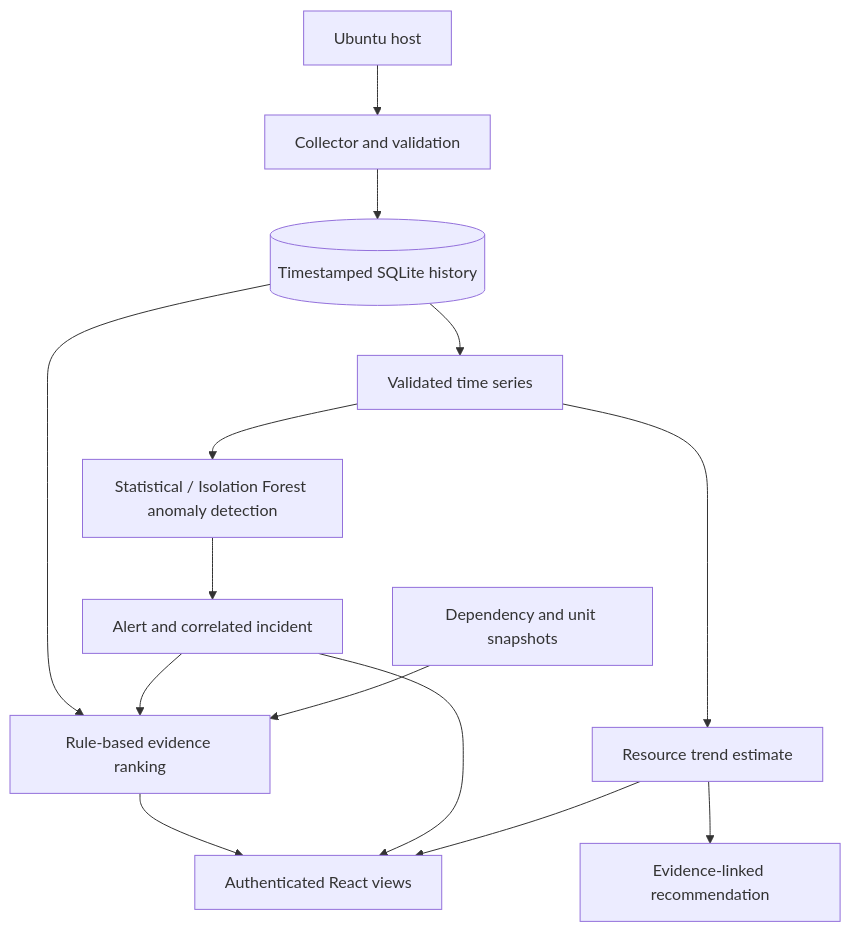
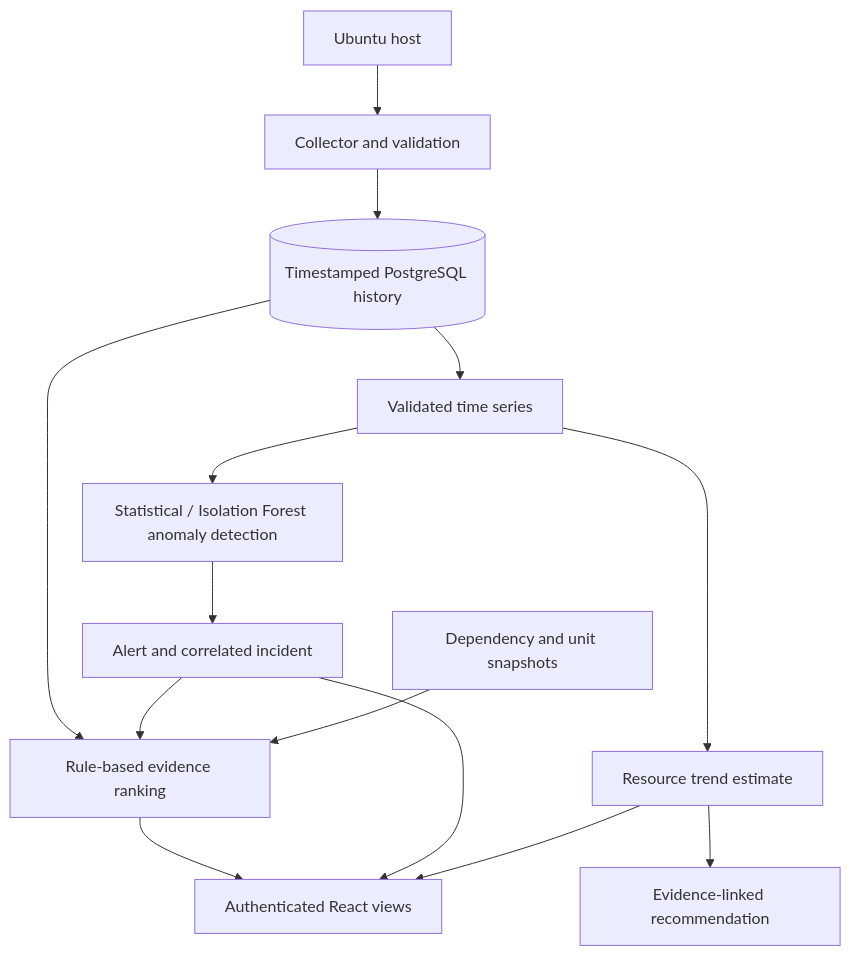
The second of 2 diagrams in docs/architecture.md (PoojithaYarava/Linux-Administration-System), drawn with Mermaid before and after one commit. The commit also changed other lines of this file and 25 other files, not shown here.

Commit message:
Use PostgreSQL migrations and clean project run setup

````diff
--- a/docs/architecture.md
+++ b/docs/architecture.md
@@ -37,16 +37,16 @@
 ```mermaid
 flowchart TD
   Host[Ubuntu host] --> Collector[Collector and validation]
-  Collector --> History[(Timestamped SQLite history)]
+  Collector --> History[(Timestamped PostgreSQL history)]
   History --> Features[Validated time series]
   Features --> Anomaly[Statistical / Isolation Forest anomaly detection]
   Features --> Forecast[Resource trend estimate]
   Anomaly --> Alert[Alert and correlated incident]
   Forecast --> Recommendation[Evidence-linked recommendation]
   History --> RCA[Rule-based evidence ranking]
   Alert --> RCA
   Systemd[Dependency and unit snapshots] --> RCA
   RCA --> Dashboard[Authenticated React views]
   Alert --> Dashboard
   Forecast --> Dashboard
 ```
````
